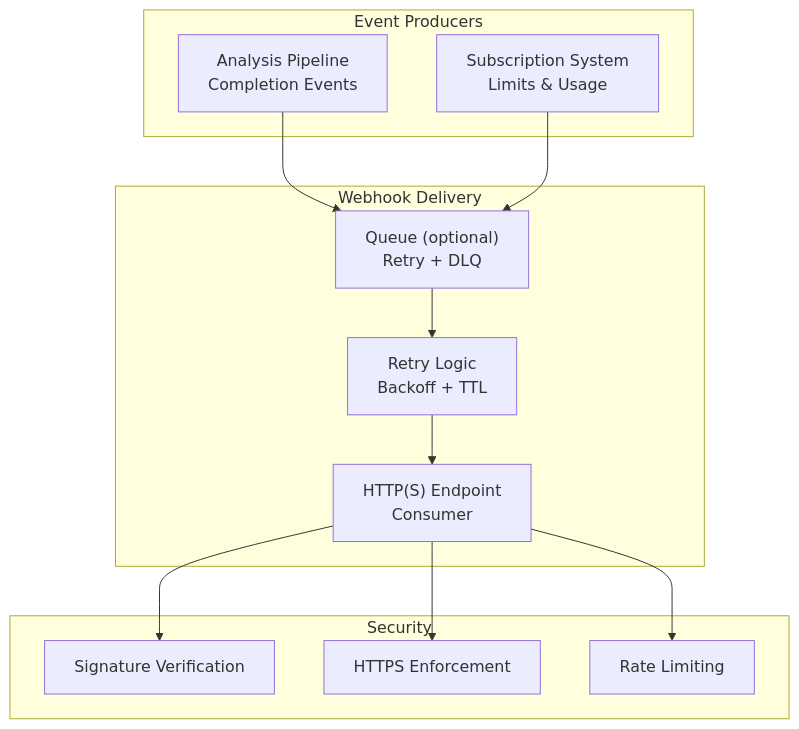
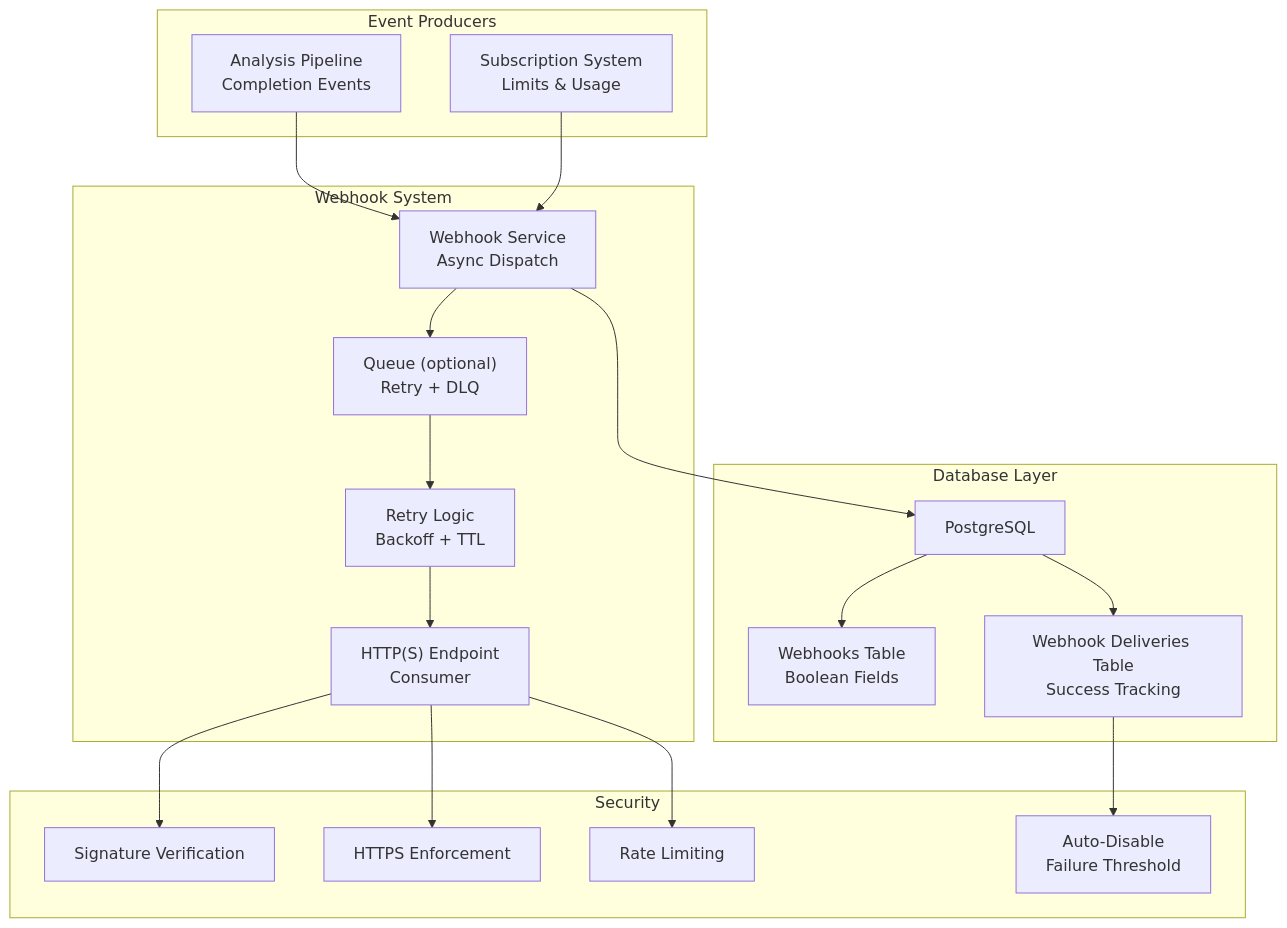
The second of 10 diagrams in .qoder/repowiki/en/content/Advanced Topics/Integration Patterns/Webhook Systems.md (Revanththetalogics/aireume), drawn with Mermaid before and after one commit. The commit also changed other lines of this file and 4 other files, not shown here.

````diff
--- a/.qoder/repowiki/en/content/Advanced Topics/Integration Patterns/Webhook Systems.md
+++ b/.qoder/repowiki/en/content/Advanced Topics/Integration Patterns/Webhook Systems.md
@@ -94,24 +127,36 @@
 ```mermaid
 graph TB
 subgraph "Event Producers"
 A["Analysis Pipeline<br/>Completion Events"]
 S["Subscription System<br/>Limits & Usage"]
 end
-subgraph "Webhook Delivery"
+subgraph "Webhook System"
+WS["Webhook Service<br/>Async Dispatch"]
 Q["Queue (optional)<br/>Retry + DLQ"]
 R["Retry Logic<br/>Backoff + TTL"]
 H["HTTP(S) Endpoint<br/>Consumer"]
+end
+subgraph "Database Layer"
+DB["PostgreSQL"]
+W["Webhooks Table<br/>Boolean Fields"]
+D["Webhook Deliveries Table<br/>Success Tracking"]
 end
 subgraph "Security"
 Sig["Signature Verification"]
 TLS["HTTPS Enforcement"]
 RL["Rate Limiting"]
+Auto["Auto-Disable<br/>Failure Threshold"]
 end
-A --> Q
-S --> Q
+A --> WS
+S --> WS
+WS --> Q
 Q --> R
 R --> H
 H --> Sig
 H --> TLS
 H --> RL
+WS --> DB
+DB --> W
+DB --> D
+D --> Auto
 ```
````
